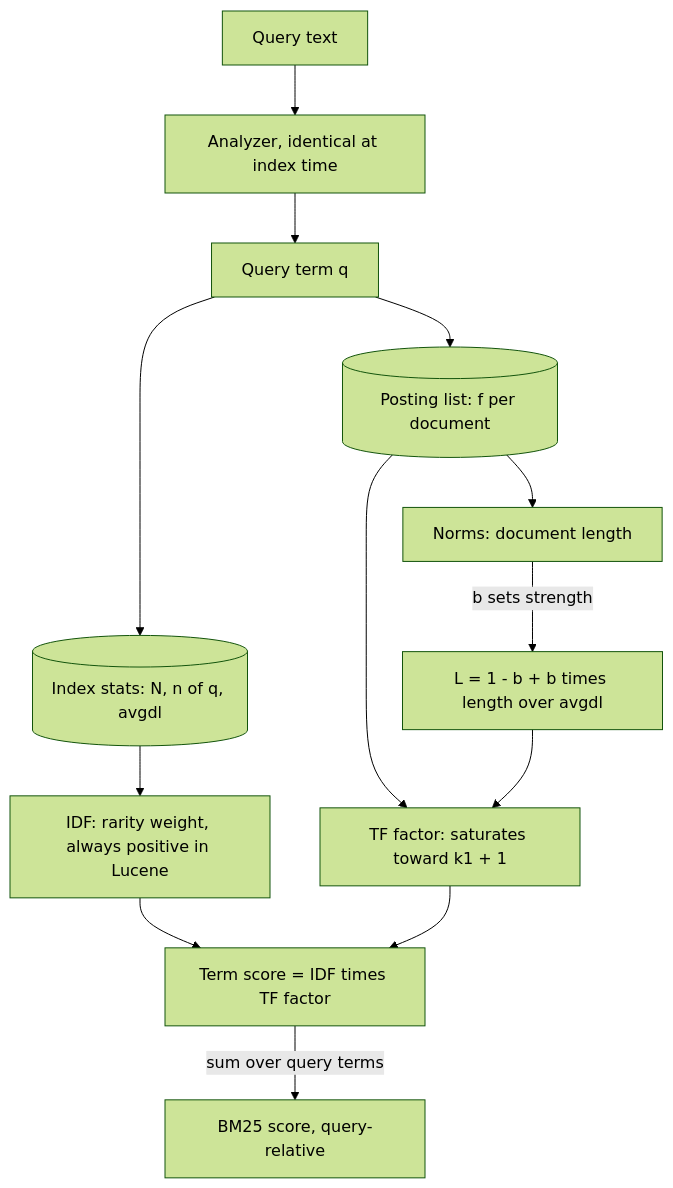
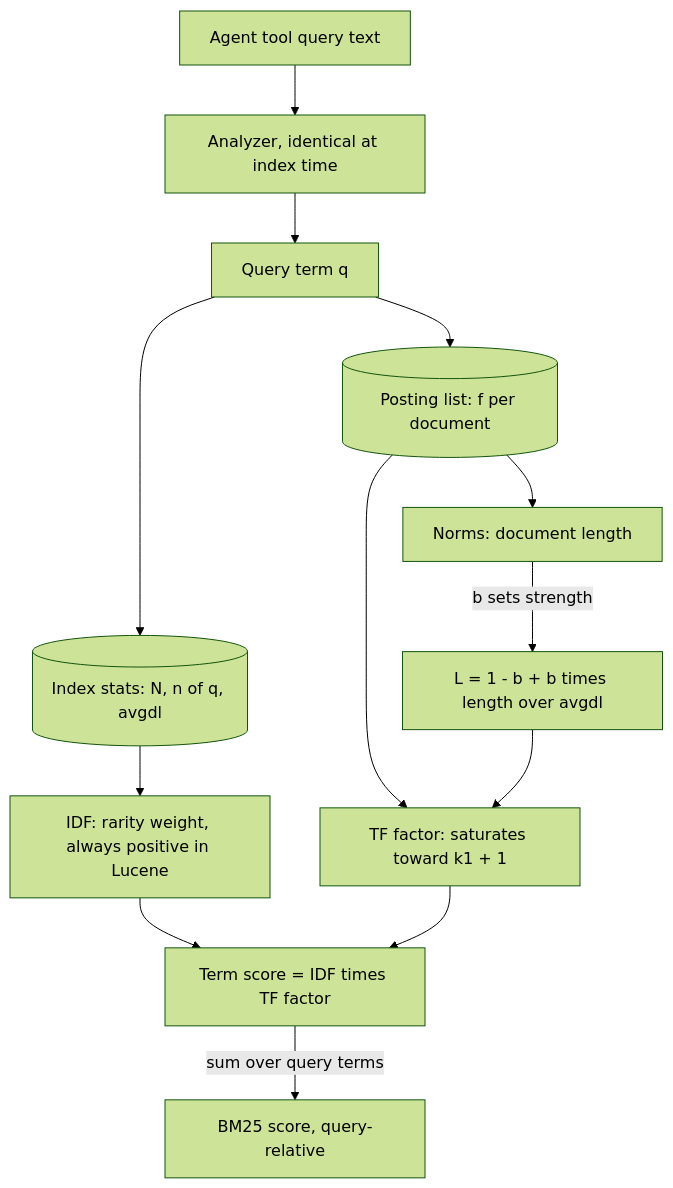
The diagram in content/rag-retrieval/bm25-internals.md (lovishmahajan97/agentic-learning), drawn with Mermaid (forest theme) before and after one commit. The commit also changed other lines of this file and 266 other files, not shown here.

````diff
--- a/content/rag-retrieval/bm25-internals.md
+++ b/content/rag-retrieval/bm25-internals.md
@@ -150,15 +167,15 @@
 ```mermaid
 flowchart TD
-    Q["Query text"] --> AN["Analyzer, identical at index time"]
+    Q["Agent tool query text"] --> AN["Analyzer, identical at index time"]
     AN --> T["Query term q"]
     T --> ST[("Index stats: N, n of q, avgdl")]
     T --> PL[("Posting list: f per document")]
     ST --> IDF["IDF: rarity weight, always positive in Lucene"]
     PL --> NR["Norms: document length"]
     NR -->|"b sets strength"| L["L = 1 - b + b times length over avgdl"]
     PL --> TF["TF factor: saturates toward k1 + 1"]
     L --> TF
     IDF --> M["Term score = IDF times TF factor"]
     TF --> M
     M -->|"sum over query terms"| S["BM25 score, query-relative"]
 ```
````
